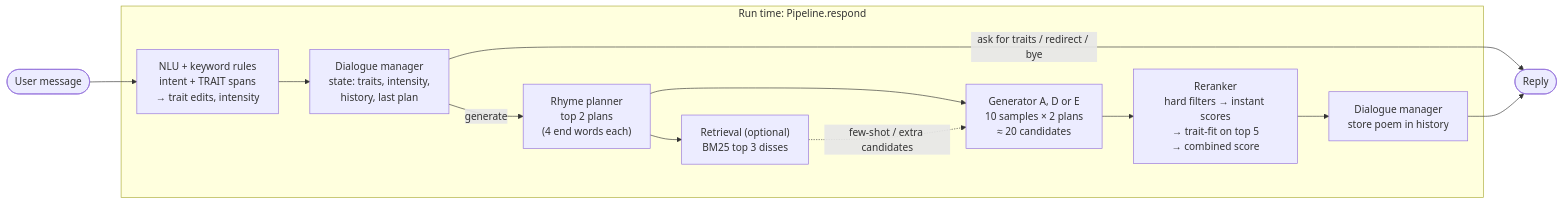
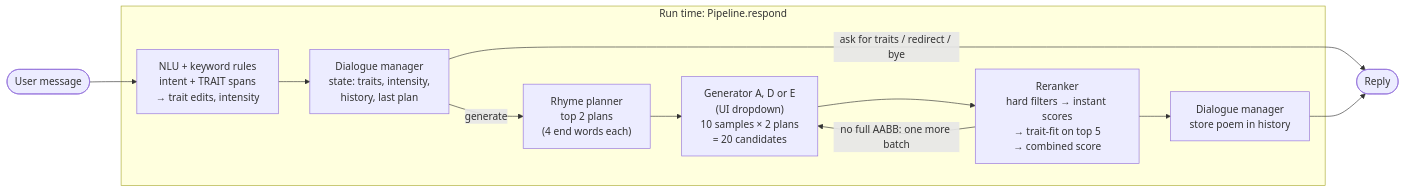
The first of 3 diagrams in ARCHITECTURE.md (SchoolWork-awork2103/CS425-Project), drawn with Mermaid before and after one commit. The commit also changed other lines of this file and 1 other file, not shown here.

````diff
--- a/ARCHITECTURE.md
+++ b/ARCHITECTURE.md
@@ -13,15 +15,14 @@
 ```mermaid
 flowchart LR
     U([User message]) --> NLU
     subgraph RT[Run time: Pipeline.respond]
         NLU["NLU + keyword rules<br/>intent + TRAIT spans<br/>→ trait edits, intensity"] --> DM["Dialogue manager<br/>state: traits, intensity,<br/>history, last plan"]
         DM -->|generate| PL["Rhyme planner<br/>top 2 plans<br/>(4 end words each)"]
-        PL --> RET["Retrieval (optional)<br/>BM25 top 3 disses"]
-        PL --> GEN["Generator A, D or E<br/>10 samples × 2 plans<br/>≈ 20 candidates"]
-        RET -. few-shot / extra candidates .-> GEN
+        PL --> GEN["Generator A, D or E<br/>(UI dropdown)<br/>10 samples × 2 plans<br/>= 20 candidates"]
         GEN --> RR["Reranker<br/>hard filters → instant scores<br/>→ trait-fit on top 5<br/>→ combined score"]
+        RR -->|no full AABB: one more batch| GEN
         RR --> DM2["Dialogue manager<br/>store poem in history"]
     end
     DM -->|ask for traits / redirect / bye| R([Reply])
     DM2 --> R
 ```
````
